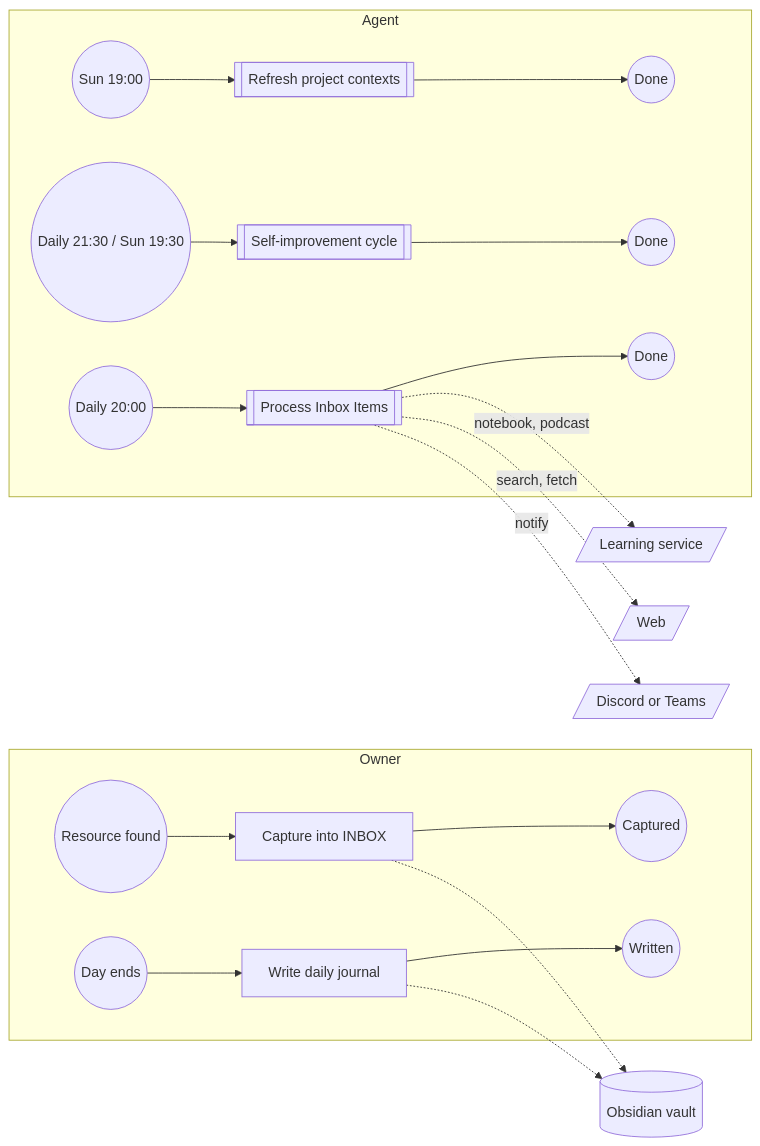
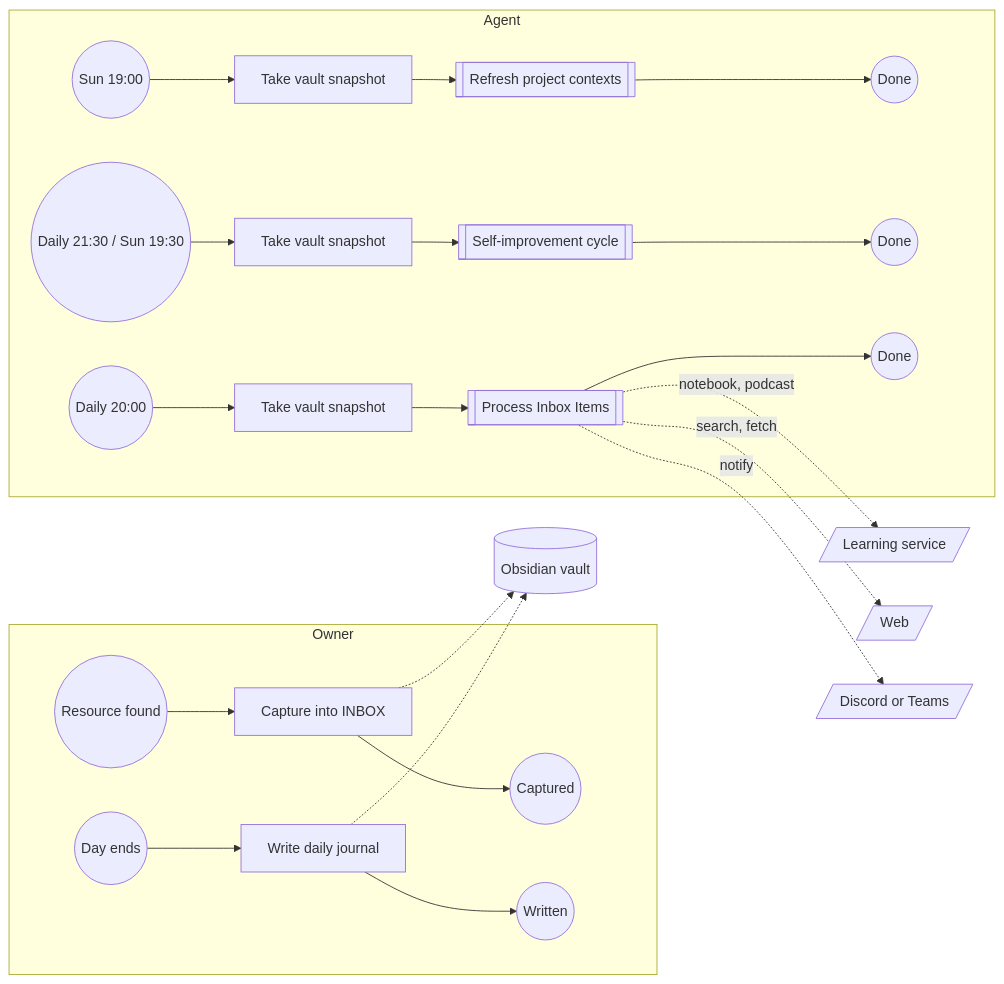
The diagram in docs/process/global-process-overview.md (zskreisz01/pkpipe), drawn with Mermaid before and after one commit. The commit also changed other lines of this file and 4 other files, not shown here.

Commit message:
docs(bpmn): Take vault snapshot task and the Restore Run page (drawio, Mermaid, image) (T010)

````diff
--- a/docs/process/global-process-overview.md
+++ b/docs/process/global-process-overview.md
@@ -12,17 +12,17 @@
 ```mermaid
 flowchart LR
     subgraph Owner
         s1((Resource found)) --> t1[Capture into INBOX] --> e1((Captured))
         s5((Day ends)) --> t5[Write daily journal] --> e5((Written))
     end
     subgraph Agent
-        s3((Sun 19:00)) --> c3[[Refresh project contexts]] --> e3((Done))
-        s4((Daily 21:30 / Sun 19:30)) --> c4[[Self-improvement cycle]] --> e4((Done))
-        s2((Daily 20:00)) --> c2[[Process Inbox Items]] --> e2((Done))
+        s3((Sun 19:00)) --> n3[Take vault snapshot] --> c3[[Refresh project contexts]] --> e3((Done))
+        s4((Daily 21:30 / Sun 19:30)) --> n4[Take vault snapshot] --> c4[[Self-improvement cycle]] --> e4((Done))
+        s2((Daily 20:00)) --> n2[Take vault snapshot] --> c2[[Process Inbox Items]] --> e2((Done))
     end
     t1 -.-> V[(Obsidian vault)]
     t5 -.-> V
     c2 -. notebook, podcast .-> L[/Learning service/]
     c2 -. search, fetch .-> W[/Web/]
     c2 -. notify .-> N[/Discord or Teams/]
 ```
````
